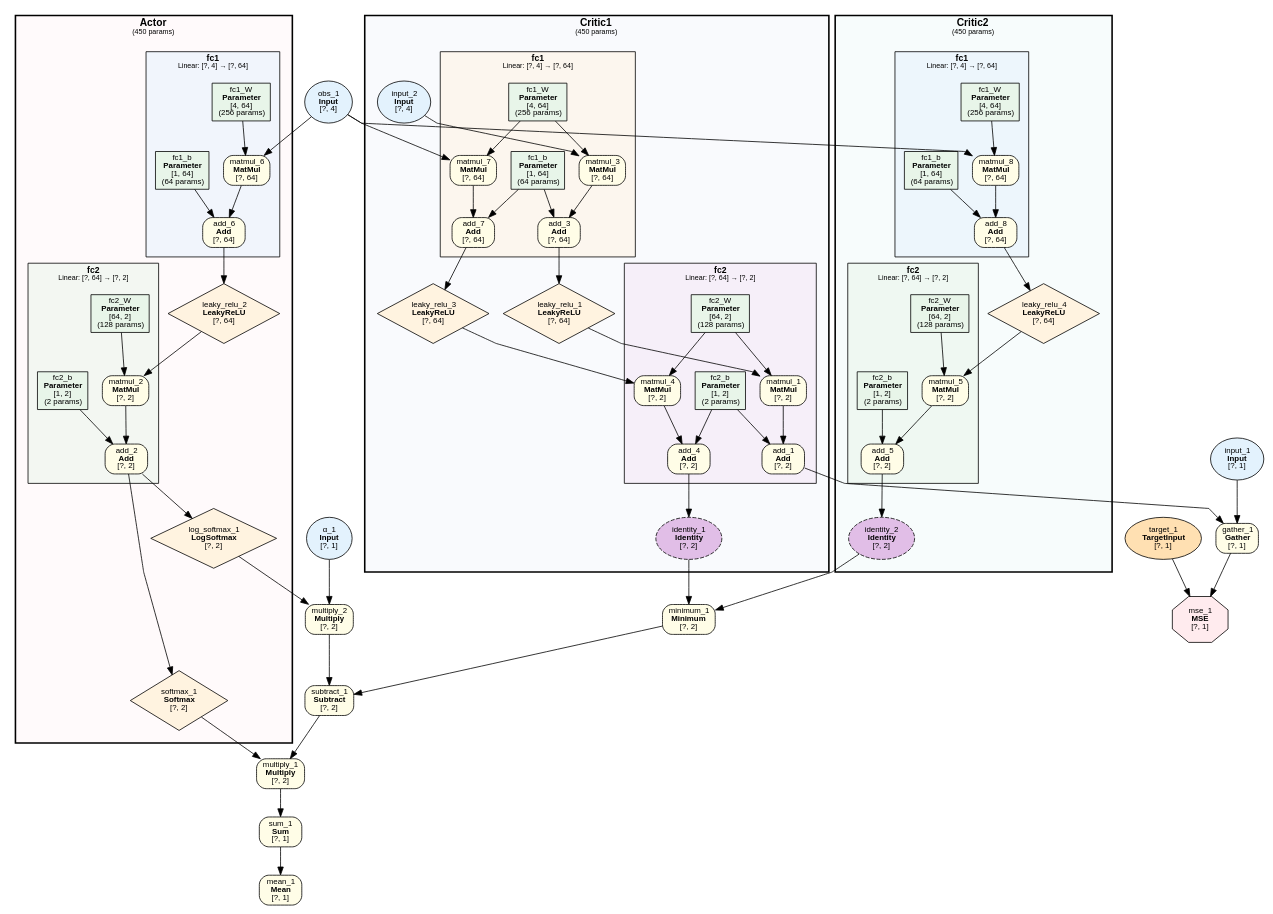
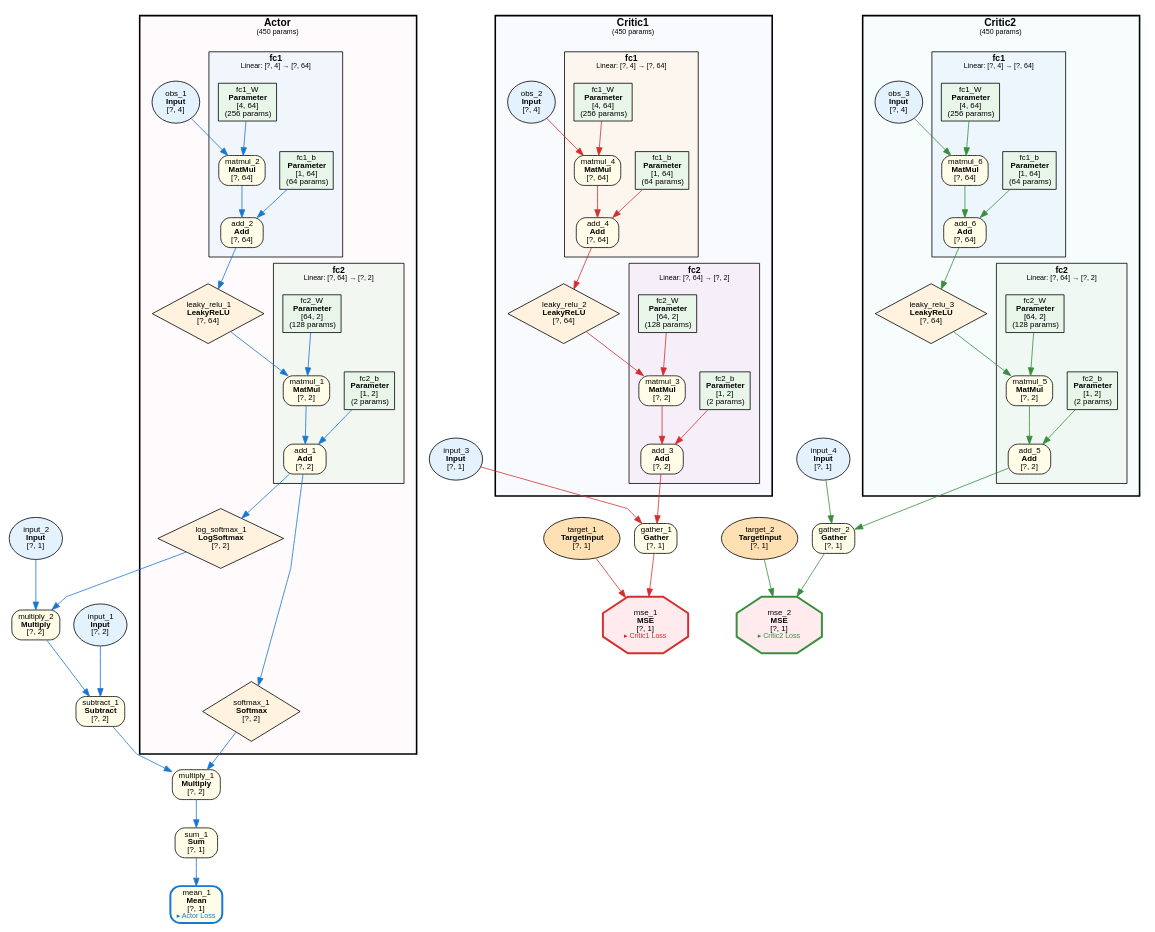
Before and after one commit to dbsxdbsx/only_torch: the diagram in examples/cartpole_sac/cartpole_sac.dot, drawn with Graphviz. The commit also changed 9 other files, not shown here.

First line of the commit message:
feat(vis): Graph 快照可视化 + 多 Loss 路径边着色

```diff
--- a/examples/cartpole_sac/cartpole_sac.dot
+++ b/examples/cartpole_sac/cartpole_sac.dot
@@ -20,10 +20,10 @@
             fontname="Microsoft YaHei,SimHei,Arial";
             fontsize=11;
             margin=12;
-                "31" [label=<add_6<BR/><B>Add</B><BR/>[?, 64]> shape=box style="filled,rounded" fillcolor="#FFFDE7" fontsize=10];
-                "37" [label=<matmul_6<BR/><B>MatMul</B><BR/>[?, 64]> shape=box style="filled,rounded" fillcolor="#FFFDE7" fontsize=10];
-                "38" [label=<fc1_b<BR/><B>Parameter</B><BR/>[1, 64]<BR/>(64 params)> shape=box style=filled fillcolor="#E8F5E9" fontsize=10];
-                "43" [label=<fc1_W<BR/><B>Parameter</B><BR/>[4, 64]<BR/>(256 params)> shape=box style=filled fillcolor="#E8F5E9" fontsize=10];
+                "15" [label=<add_2<BR/><B>Add</B><BR/>[?, 64]> shape=box style="filled,rounded" fillcolor="#FFFDE7" fontsize=10];
+                "16" [label=<matmul_2<BR/><B>MatMul</B><BR/>[?, 64]> shape=box style="filled,rounded" fillcolor="#FFFDE7" fontsize=10];
+                "17" [label=<fc1_b<BR/><B>Parameter</B><BR/>[1, 64]<BR/>(64 params)> shape=box style=filled fillcolor="#E8F5E9" fontsize=10];
+                "19" [label=<fc1_W<BR/><B>Parameter</B><BR/>[4, 64]<BR/>(256 params)> shape=box style=filled fillcolor="#E8F5E9" fontsize=10];
         }
 
         subgraph cluster_Actor_fc2 {
@@ -33,15 +33,16 @@
             fontname="Microsoft YaHei,SimHei,Arial";
             fontsize=11;
             margin=12;
-                "13" [label=<add_2<BR/><B>Add</B><BR/>[?, 2]> shape=box style="filled,rounded" fillcolor="#FFFDE7" fontsize=10];
-                "18" [label=<matmul_2<BR/><B>MatMul</B><BR/>[?, 2]> shape=box style="filled,rounded" fillcolor="#FFFDE7" fontsize=10];
-                "19" [label=<fc2_b<BR/><B>Parameter</B><BR/>[1, 2]<BR/>(2 params)> shape=box style=filled fillcolor="#E8F5E9" fontsize=10];
-                "26" [label=<fc2_W<BR/><B>Parameter</B><BR/>[64, 2]<BR/>(128 params)> shape=box style=filled fillcolor="#E8F5E9" fontsize=10];
+                "6" [label=<add_1<BR/><B>Add</B><BR/>[?, 2]> shape=box style="filled,rounded" fillcolor="#FFFDE7" fontsize=10];
+                "9" [label=<matmul_1<BR/><B>MatMul</B><BR/>[?, 2]> shape=box style="filled,rounded" fillcolor="#FFFDE7" fontsize=10];
+                "10" [label=<fc2_b<BR/><B>Parameter</B><BR/>[1, 2]<BR/>(2 params)> shape=box style=filled fillcolor="#E8F5E9" fontsize=10];
+                "14" [label=<fc2_W<BR/><B>Parameter</B><BR/>[64, 2]<BR/>(128 params)> shape=box style=filled fillcolor="#E8F5E9" fontsize=10];
         }
 
-        "9" [label=<softmax_1<BR/><B>Softmax</B><BR/>[?, 2]> shape=diamond style=filled fillcolor="#FFF3E0" fontsize=10];
-        "20" [label=<log_softmax_1<BR/><B>LogSoftmax</B><BR/>[?, 2]> shape=diamond style=filled fillcolor="#FFF3E0" fontsize=10];
-        "25" [label=<leaky_relu_2<BR/><B>LeakyReLU</B><BR/>[?, 64]> shape=diamond style=filled fillcolor="#FFF3E0" fontsize=10];
+        "4" [label=<softmax_1<BR/><B>Softmax</B><BR/>[?, 2]> shape=diamond style=filled fillcolor="#FFF3E0" fontsize=10];
+        "11" [label=<log_softmax_1<BR/><B>LogSoftmax</B><BR/>[?, 2]> shape=diamond style=filled fillcolor="#FFF3E0" fontsize=10];
+        "13" [label=<leaky_relu_1<BR/><B>LeakyReLU</B><BR/>[?, 64]> shape=diamond style=filled fillcolor="#FFF3E0" fontsize=10];
+        "18" [label=<obs_1<BR/><B>Input</B><BR/>[?, 4]> shape=ellipse style=filled fillcolor="#E3F2FD" fontsize=10];
     }
 
     subgraph cluster_model_Critic1 {
@@ -59,12 +60,10 @@
             fontname="Microsoft YaHei,SimHei,Arial";
             fontsize=11;
             margin=12;
-                "24" [label=<add_3<BR/><B>Add</B><BR/>[?, 64]> shape=box style="filled,rounded" fillcolor="#FFFDE7" fontsize=10];
-                "29" [label=<matmul_3<BR/><B>MatMul</B><BR/>[?, 64]> shape=box style="filled,rounded" fillcolor="#FFFDE7" fontsize=10];
-                "30" [label=<fc1_b<BR/><B>Parameter</B><BR/>[1, 64]<BR/>(64 params)> shape=box style=filled fillcolor="#E8F5E9" fontsize=10];
-                "36" [label=<fc1_W<BR/><B>Parameter</B><BR/>[4, 64]<BR/>(256 params)> shape=box style=filled fillcolor="#E8F5E9" fontsize=10];
-                "44" [label=<add_7<BR/><B>Add</B><BR/>[?, 64]> shape=box style="filled,rounded" fillcolor="#FFFDE7" fontsize=10];
-                "46" [label=<matmul_7<BR/><B>MatMul</B><BR/>[?, 64]> shape=box style="filled,rounded" fillcolor="#FFFDE7" fontsize=10];
+                "29" [label=<add_4<BR/><B>Add</B><BR/>[?, 64]> shape=box style="filled,rounded" fillcolor="#FFFDE7" fontsize=10];
+                "30" [label=<matmul_4<BR/><B>MatMul</B><BR/>[?, 64]> shape=box style="filled,rounded" fillcolor="#FFFDE7" fontsize=10];
+                "31" [label=<fc1_b<BR/><B>Parameter</B><BR/>[1, 64]<BR/>(64 params)> shape=box style=filled fillcolor="#E8F5E9" fontsize=10];
+                "33" [label=<fc1_W<BR/><B>Parameter</B><BR/>[4, 64]<BR/>(256 params)> shape=box style=filled fillcolor="#E8F5E9" fontsize=10];
         }
 
         subgraph cluster_Critic1_fc2 {
@@ -74,18 +73,14 @@
             fontname="Microsoft YaHei,SimHei,Arial";
             fontsize=11;
             margin=12;
-                "7" [label=<add_1<BR/><B>Add</B><BR/>[?, 2]> shape=box style="filled,rounded" fillcolor="#FFFDE7" fontsize=10];
-                "11" [label=<matmul_1<BR/><B>MatMul</B><BR/>[?, 2]> shape=box style="filled,rounded" fillcolor="#FFFDE7" fontsize=10];
-                "12" [label=<fc2_b<BR/><B>Parameter</B><BR/>[1, 2]<BR/>(2 params)> shape=box style=filled fillcolor="#E8F5E9" fontsize=10];
-                "17" [label=<fc2_W<BR/><B>Parameter</B><BR/>[64, 2]<BR/>(128 params)> shape=box style=filled fillcolor="#E8F5E9" fontsize=10];
-                "27" [label=<add_4<BR/><B>Add</B><BR/>[?, 2]> shape=box style="filled,rounded" fillcolor="#FFFDE7" fontsize=10];
-                "32" [label=<matmul_4<BR/><B>MatMul</B><BR/>[?, 2]> shape=box style="filled,rounded" fillcolor="#FFFDE7" fontsize=10];
+                "23" [label=<add_3<BR/><B>Add</B><BR/>[?, 2]> shape=box style="filled,rounded" fillcolor="#FFFDE7" fontsize=10];
+                "25" [label=<matmul_3<BR/><B>MatMul</B><BR/>[?, 2]> shape=box style="filled,rounded" fillcolor="#FFFDE7" fontsize=10];
+                "26" [label=<fc2_b<BR/><B>Parameter</B><BR/>[1, 2]<BR/>(2 params)> shape=box style=filled fillcolor="#E8F5E9" fontsize=10];
+                "28" [label=<fc2_W<BR/><B>Parameter</B><BR/>[64, 2]<BR/>(128 params)> shape=box style=filled fillcolor="#E8F5E9" fontsize=10];
         }
 
-        "16" [label=<leaky_relu_1<BR/><B>LeakyReLU</B><BR/>[?, 64]> shape=diamond style=filled fillcolor="#FFF3E0" fontsize=10];
-        "22" [label=<identity_1<BR/><B>Identity</B><BR/>[?, 2]> shape=ellipse style="filled,dashed" fillcolor="#E1BEE7" fontsize=10];
-        "35" [label=<input_2<BR/><B>Input</B><BR/>[?, 4]> shape=ellipse style=filled fillcolor="#E3F2FD" fontsize=10];
-        "39" [label=<leaky_relu_3<BR/><B>LeakyReLU</B><BR/>[?, 64]> shape=diamond style=filled fillcolor="#FFF3E0" fontsize=10];
+        "27" [label=<leaky_relu_2<BR/><B>LeakyReLU</B><BR/>[?, 64]> shape=diamond style=filled fillcolor="#FFF3E0" fontsize=10];
+        "32" [label=<obs_2<BR/><B>Input</B><BR/>[?, 4]> shape=ellipse style=filled fillcolor="#E3F2FD" fontsize=10];
     }
 
     subgraph cluster_model_Critic2 {
@@ -103,10 +98,10 @@
             fontname="Microsoft YaHei,SimHei,Arial";
             fontsize=11;
             margin=12;
-                "45" [label=<add_8<BR/><B>Add</B><BR/>[?, 64]> shape=box style="filled,rounded" fillcolor="#FFFDE7" fontsize=10];
-                "47" [label=<matmul_8<BR/><B>MatMul</B><BR/>[?, 64]> shape=box style="filled,rounded" fillcolor="#FFFDE7" fontsize=10];
-                "48" [label=<fc1_b<BR/><B>Parameter</B><BR/>[1, 64]<BR/>(64 params)> shape=box style=filled fillcolor="#E8F5E9" fontsize=10];
-                "49" [label=<fc1_W<BR/><B>Parameter</B><BR/>[4, 64]<BR/>(256 params)> shape=box style=filled fillcolor="#E8F5E9" fontsize=10];
+                "43" [label=<add_6<BR/><B>Add</B><BR/>[?, 64]> shape=box style="filled,rounded" fillcolor="#FFFDE7" fontsize=10];
+                "44" [label=<matmul_6<BR/><B>MatMul</B><BR/>[?, 64]> shape=box style="filled,rounded" fillcolor="#FFFDE7" fontsize=10];
+                "45" [label=<fc1_b<BR/><B>Parameter</B><BR/>[1, 64]<BR/>(64 params)> shape=box style=filled fillcolor="#E8F5E9" fontsize=10];
+                "47" [label=<fc1_W<BR/><B>Parameter</B><BR/>[4, 64]<BR/>(256 params)> shape=box style=filled fillcolor="#E8F5E9" fontsize=10];
         }
 
         subgraph cluster_Critic2_fc2 {
@@ -116,81 +111,75 @@
             fontname="Microsoft YaHei,SimHei,Arial";
             fontsize=11;
             margin=12;
-                "28" [label=<add_5<BR/><B>Add</B><BR/>[?, 2]> shape=box style="filled,rounded" fillcolor="#FFFDE7" fontsize=10];
-                "33" [label=<matmul_5<BR/><B>MatMul</B><BR/>[?, 2]> shape=box style="filled,rounded" fillcolor="#FFFDE7" fontsize=10];
-                "34" [label=<fc2_b<BR/><B>Parameter</B><BR/>[1, 2]<BR/>(2 params)> shape=box style=filled fillcolor="#E8F5E9" fontsize=10];
-                "41" [label=<fc2_W<BR/><B>Parameter</B><BR/>[64, 2]<BR/>(128 params)> shape=box style=filled fillcolor="#E8F5E9" fontsize=10];
+                "37" [label=<add_5<BR/><B>Add</B><BR/>[?, 2]> shape=box style="filled,rounded" fillcolor="#FFFDE7" fontsize=10];
+                "39" [label=<matmul_5<BR/><B>MatMul</B><BR/>[?, 2]> shape=box style="filled,rounded" fillcolor="#FFFDE7" fontsize=10];
+                "40" [label=<fc2_b<BR/><B>Parameter</B><BR/>[1, 2]<BR/>(2 params)> shape=box style=filled fillcolor="#E8F5E9" fontsize=10];
+                "42" [label=<fc2_W<BR/><B>Parameter</B><BR/>[64, 2]<BR/>(128 params)> shape=box style=filled fillcolor="#E8F5E9" fontsize=10];
         }
 
-        "23" [label=<identity_2<BR/><B>Identity</B><BR/>[?, 2]> shape=ellipse style="filled,dashed" fillcolor="#E1BEE7" fontsize=10];
-        "40" [label=<leaky_relu_4<BR/><B>LeakyReLU</B><BR/>[?, 64]> shape=diamond style=filled fillcolor="#FFF3E0" fontsize=10];
+        "41" [label=<leaky_relu_3<BR/><B>LeakyReLU</B><BR/>[?, 64]> shape=diamond style=filled fillcolor="#FFF3E0" fontsize=10];
+        "46" [label=<obs_3<BR/><B>Input</B><BR/>[?, 4]> shape=ellipse style=filled fillcolor="#E3F2FD" fontsize=10];
     }
 
-    "1" [label=<mean_1<BR/><B>Mean</B><BR/>[?, 1]> shape=box style="filled,rounded" fillcolor="#FFFDE7" fontsize=10];
-    "2" [label=<mse_1<BR/><B>MSE</B><BR/>[?, 1]> shape=octagon style=filled fillcolor="#FFEBEE" fontsize=10];
-    "3" [label=<sum_1<BR/><B>Sum</B><BR/>[?, 1]> shape=box style="filled,rounded" fillcolor="#FFFDE7" fontsize=10];
-    "4" [label=<gather_1<BR/><B>Gather</B><BR/>[?, 1]> shape=box style="filled,rounded" fillcolor="#FFFDE7" fontsize=10];
-    "5" [label=<target_1<BR/><B>TargetInput</B><BR/>[?, 1]> shape=ellipse style=filled fillcolor="#FFE0B2" fontsize=10];
-    "6" [label=<multiply_1<BR/><B>Multiply</B><BR/>[?, 2]> shape=box style="filled,rounded" fillcolor="#FFFDE7" fontsize=10];
-    "8" [label=<input_1<BR/><B>Input</B><BR/>[?, 1]> shape=ellipse style=filled fillcolor="#E3F2FD" fontsize=10];
-    "10" [label=<subtract_1<BR/><B>Subtract</B><BR/>[?, 2]> shape=box style="filled,rounded" fillcolor="#FFFDE7" fontsize=10];
-    "14" [label=<multiply_2<BR/><B>Multiply</B><BR/>[?, 2]> shape=box style="filled,rounded" fillcolor="#FFFDE7" fontsize=10];
-    "15" [label=<minimum_1<BR/><B>Minimum</B><BR/>[?, 2]> shape=box style="filled,rounded" fillcolor="#FFFDE7" fontsize=10];
-    "21" [label=<α_1<BR/><B>Input</B><BR/>[?, 1]> shape=ellipse style=filled fillcolor="#E3F2FD" fontsize=10];
-    "42" [label=<obs_1<BR/><B>Input</B><BR/>[?, 4]> shape=ellipse style=filled fillcolor="#E3F2FD" fontsize=10];
+    "1" [label=<mean_1<BR/><B>Mean</B><BR/>[?, 1]<BR/><FONT COLOR="#1976D2" POINT-SIZE="9">▸ Actor Loss</FONT>> shape=box style="filled,rounded" fillcolor="#FFFDE7" fontsize=10 penwidth=2.5 color="#1976D2"];
+    "2" [label=<sum_1<BR/><B>Sum</B><BR/>[?, 1]> shape=box style="filled,rounded" fillcolor="#FFFDE7" fontsize=10];
+    "3" [label=<multiply_1<BR/><B>Multiply</B><BR/>[?, 2]> shape=box style="filled,rounded" fillcolor="#FFFDE7" fontsize=10];
+    "5" [label=<subtract_1<BR/><B>Subtract</B><BR/>[?, 2]> shape=box style="filled,rounded" fillcolor="#FFFDE7" fontsize=10];
+    "7" [label=<multiply_2<BR/><B>Multiply</B><BR/>[?, 2]> shape=box style="filled,rounded" fillcolor="#FFFDE7" fontsize=10];
+    "8" [label=<input_1<BR/><B>Input</B><BR/>[?, 2]> shape=ellipse style=filled fillcolor="#E3F2FD" fontsize=10];
+    "12" [label=<input_2<BR/><B>Input</B><BR/>[?, 1]> shape=ellipse style=filled fillcolor="#E3F2FD" fontsize=10];
+    "20" [label=<mse_1<BR/><B>MSE</B><BR/>[?, 1]<BR/><FONT COLOR="#D32F2F" POINT-SIZE="9">▸ Critic1 Loss</FONT>> shape=octagon style=filled fillcolor="#FFEBEE" fontsize=10 penwidth=2.5 color="#D32F2F"];
+    "21" [label=<gather_1<BR/><B>Gather</B><BR/>[?, 1]> shape=box style="filled,rounded" fillcolor="#FFFDE7" fontsize=10];
+    "22" [label=<target_1<BR/><B>TargetInput</B><BR/>[?, 1]> shape=ellipse style=filled fillcolor="#FFE0B2" fontsize=10];
+    "24" [label=<input_3<BR/><B>Input</B><BR/>[?, 1]> shape=ellipse style=filled fillcolor="#E3F2FD" fontsize=10];
+    "34" [label=<mse_2<BR/><B>MSE</B><BR/>[?, 1]<BR/><FONT COLOR="#388E3C" POINT-SIZE="9">▸ Critic2 Loss</FONT>> shape=octagon style=filled fillcolor="#FFEBEE" fontsize=10 penwidth=2.5 color="#388E3C"];
+    "35" [label=<gather_2<BR/><B>Gather</B><BR/>[?, 1]> shape=box style="filled,rounded" fillcolor="#FFFDE7" fontsize=10];
+    "36" [label=<target_2<BR/><B>TargetInput</B><BR/>[?, 1]> shape=ellipse style=filled fillcolor="#FFE0B2" fontsize=10];
+    "38" [label=<input_4<BR/><B>Input</B><BR/>[?, 1]> shape=ellipse style=filled fillcolor="#E3F2FD" fontsize=10];
 
-    "3" -> "1";
-    "4" -> "2";
-    "5" -> "2";
-    "6" -> "3";
-    "7" -> "4";
-    "8" -> "4";
-    "9" -> "6";
-    "10" -> "6";
-    "11" -> "7";
-    "12" -> "7";
-    "13" -> "9";
-    "14" -> "10";
-    "15" -> "10";
-    "16" -> "11";
-    "17" -> "11";
-    "18" -> "13";
-    "19" -> "13";
-    "20" -> "14";
-    "21" -> "14";
-    "22" -> "15";
-    "23" -> "15";
-    "24" -> "16";
-    "25" -> "18";
-    "26" -> "18";
-    "13" -> "20";
-    "27" -> "22";
-    "28" -> "23";
-    "29" -> "24";
-    "30" -> "24";
-    "31" -> "25";
-    "32" -> "27";
-    "12" -> "27";
-    "33" -> "28";
-    "34" -> "28";
-    "35" -> "29";
-    "36" -> "29";
-    "37" -> "31";
-    "38" -> "31";
-    "39" -> "32";
-    "17" -> "32";
-    "40" -> "33";
-    "41" -> "33";
-    "42" -> "37";
-    "43" -> "37";
-    "44" -> "39";
-    "45" -> "40";
-    "46" -> "44";
-    "30" -> "44";
-    "47" -> "45";
-    "48" -> "45";
-    "42" -> "46";
-    "36" -> "46";
-    "42" -> "47";
-    "49" -> "47";
+    "2" -> "1" [color="#1976D2"];
+    "3" -> "2" [color="#1976D2"];
+    "4" -> "3" [color="#1976D2"];
+    "5" -> "3" [color="#1976D2"];
+    "6" -> "4" [color="#1976D2"];
+    "7" -> "5" [color="#1976D2"];
+    "8" -> "5" [color="#1976D2"];
+    "9" -> "6" [color="#1976D2"];
+    "10" -> "6" [color="#1976D2"];
+    "11" -> "7" [color="#1976D2"];
+    "12" -> "7" [color="#1976D2"];
+    "13" -> "9" [color="#1976D2"];
+    "14" -> "9" [color="#1976D2"];
+    "6" -> "11" [color="#1976D2"];
+    "15" -> "13" [color="#1976D2"];
+    "16" -> "15" [color="#1976D2"];
+    "17" -> "15" [color="#1976D2"];
+    "18" -> "16" [color="#1976D2"];
+    "19" -> "16" [color="#1976D2"];
+    "21" -> "20" [color="#D32F2F"];
+    "22" -> "20" [color="#D32F2F"];
+    "23" -> "21" [color="#D32F2F"];
+    "24" -> "21" [color="#D32F2F"];
+    "25" -> "23" [color="#D32F2F"];
+    "26" -> "23" [color="#D32F2F"];
+    "27" -> "25" [color="#D32F2F"];
+    "28" -> "25" [color="#D32F2F"];
+    "29" -> "27" [color="#D32F2F"];
+    "30" -> "29" [color="#D32F2F"];
+    "31" -> "29" [color="#D32F2F"];
+    "32" -> "30" [color="#D32F2F"];
+    "33" -> "30" [color="#D32F2F"];
+    "35" -> "34" [color="#388E3C"];
+    "36" -> "34" [color="#388E3C"];
+    "37" -> "35" [color="#388E3C"];
+    "38" -> "35" [color="#388E3C"];
+    "39" -> "37" [color="#388E3C"];
+    "40" -> "37" [color="#388E3C"];
+    "41" -> "39" [color="#388E3C"];
+    "42" -> "39" [color="#388E3C"];
+    "43" -> "41" [color="#388E3C"];
+    "44" -> "43" [color="#388E3C"];
+    "45" -> "43" [color="#388E3C"];
+    "46" -> "44" [color="#388E3C"];
+    "47" -> "44" [color="#388E3C"];
 }
```
